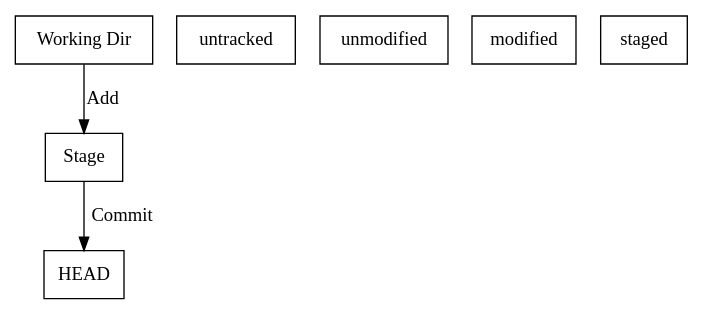
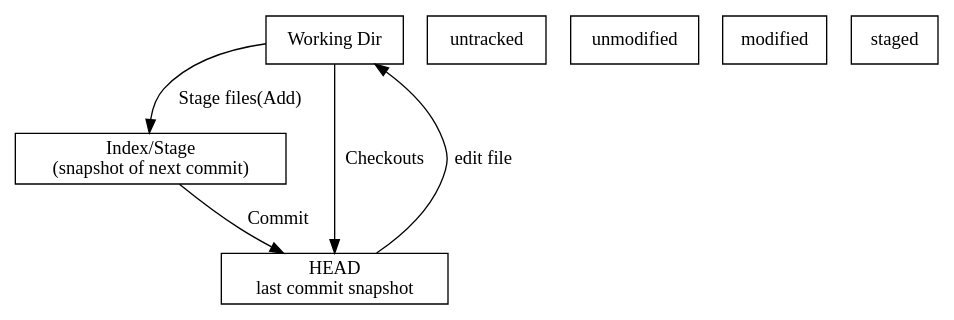
Before and after one commit to buptrobin/MyProjects: the diagram in others/graphviz/Git.dot, drawn with Graphviz. The commit also changed 16 other files, not shown here.

```diff
--- a/others/graphviz/Git.dot
+++ b/others/graphviz/Git.dot
@@ -1,19 +1,20 @@
 digraph Git {
 	node [shape="record"];
 	edge [style="solid"];
 	#edge [style="dashed"];
 	WD [label="Working Dir"];
-	Stage;
-	HEAD;
+	Index [label="Index/Stage\n(snapshot of next commit)"];
+	HEAD [label="HEAD\nlast commit snapshot"];
 
-	WD->Stage [label="Add"];
-	Stage->HEAD [label="Commit"];
-
+	WD->Index [label="Stage files(Add)"];
+	Index->HEAD [label="Commit"];
+	WD->HEAD [label="Checkouts"];
+	HEAD->WD [label="edit file"];
 
 
 
 	untracked;
 	unmodified;
 	modified;
 	staged;
 }
```
